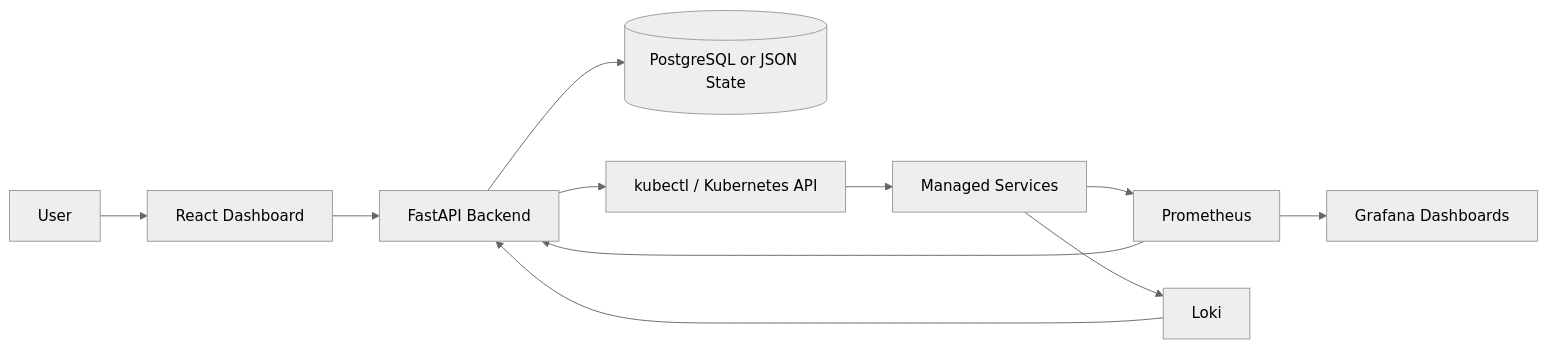
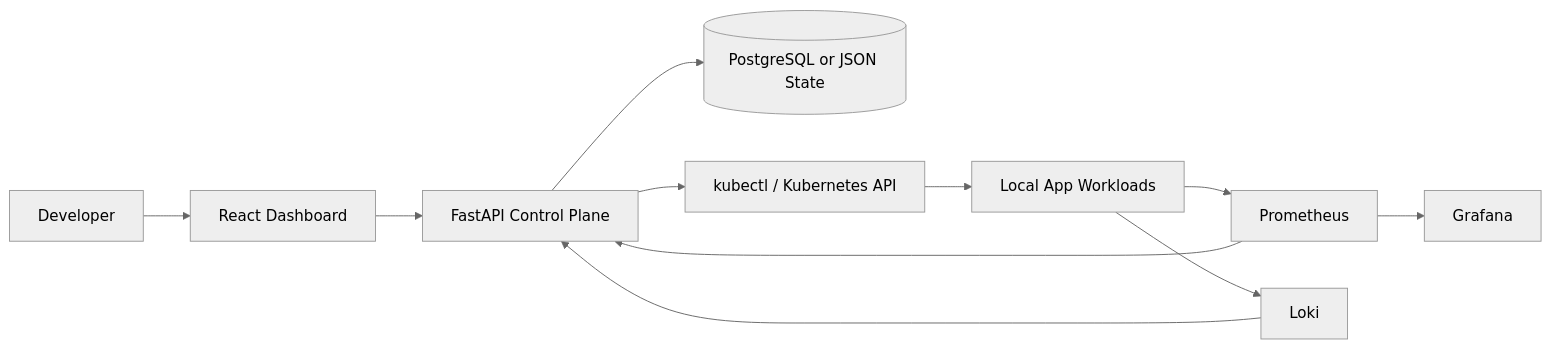
Before and after one commit to ParthrChandurkar/InfraWatch-Zero-Touch-Deployments-with-Full-Infrastructure-Visibility: the diagram in README.md, drawn with Mermaid (neutral theme). The commit also changed other lines of this file, not shown here.

Commit message:
Reframe InfraWatch as local K8s observability [skip ci]

````diff
--- a/README.md
+++ b/README.md
@@ -66,13 +71,13 @@
 ```mermaid
 flowchart LR
-    User[User] --> UI[React Dashboard]
-    UI --> API[FastAPI Backend]
+    User[Developer] --> UI[React Dashboard]
+    UI --> API[FastAPI Control Plane]
     API --> Store[(PostgreSQL or JSON State)]
     API --> Kube[kubectl / Kubernetes API]
-    Kube --> Workloads[Managed Services]
-    Workloads --> Prom[Prometheus]
-    Workloads --> Loki[Loki]
+    Kube --> Apps[Local App Workloads]
+    Apps --> Prom[Prometheus]
+    Apps --> Loki[Loki]
     Prom --> API
     Loki --> API
-    Prom --> Grafana[Grafana Dashboards]
+    Prom --> Grafana[Grafana]
 ```
````
